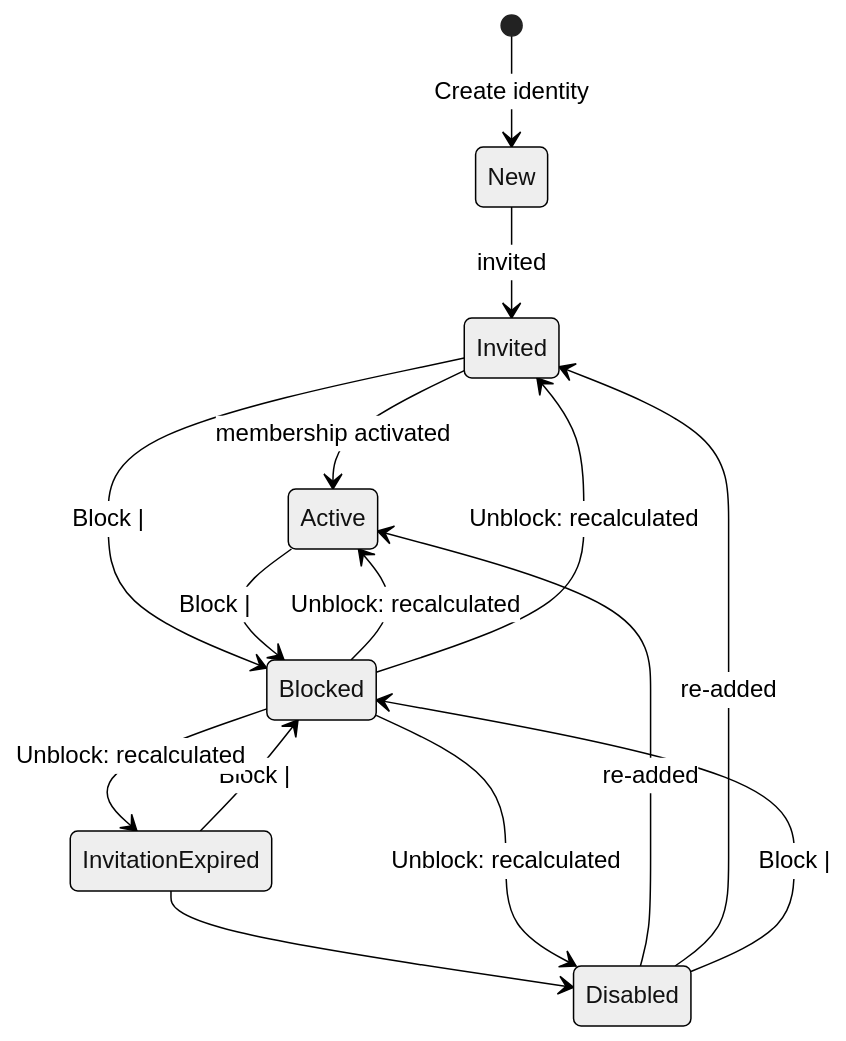
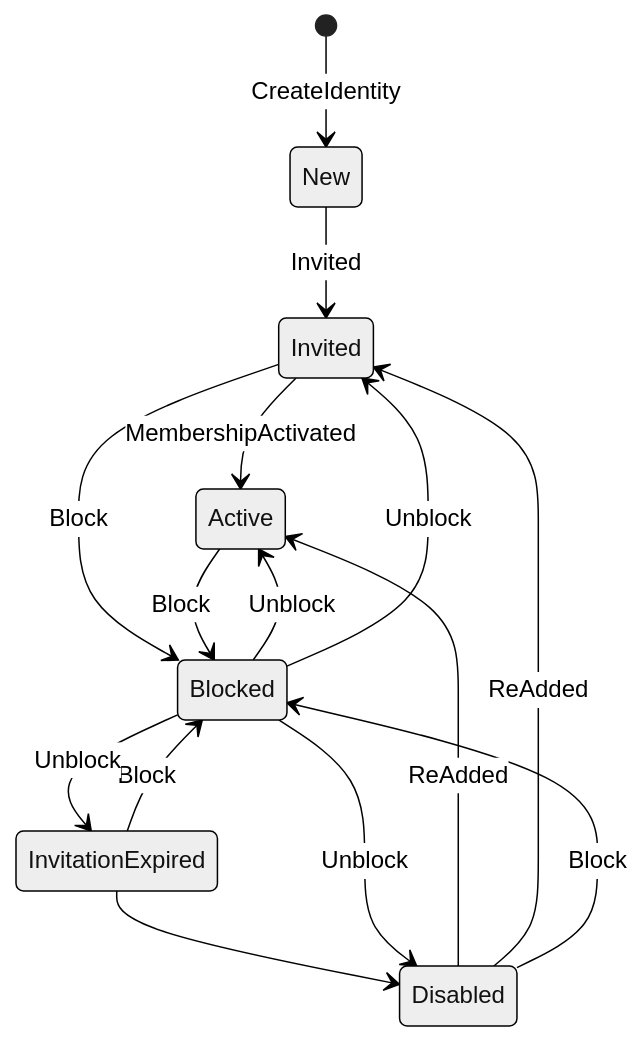
One commit to mikhailtchesnokov/gitbook changed the diagram in developer-resources/rest-api/accounts-api/user/state-diagram.md. Above: the diagram before and after it, drawn with Mermaid (neutral theme). The commit also changed 151 other files, not shown here.

````diff
--- a/developer-resources/rest-api/accounts-api/user/state-diagram.md
+++ b/developer-resources/rest-api/accounts-api/user/state-diagram.md
@@ -13,17 +13,17 @@
 ```mermaid
 stateDiagram-v2
-    [*] --> New : Create identity
-    New --> Invited : invited
-    Invited --> Active : membership activated
+    [*] --> New : CreateIdentity
+    New --> Invited : Invited
+    Invited --> Active : MembershipActivated
     InvitationExpired --> Disabled
-    Disabled --> Active : re-added
-    Disabled --> Invited : re-added
-    Invited --> Blocked : Block |
-    InvitationExpired --> Blocked : Block |
-    Active --> Blocked : Block |
-    Disabled --> Blocked : Block |
-    Blocked --> Active : Unblock: recalculated
-    Blocked --> Invited : Unblock: recalculated
-    Blocked --> InvitationExpired : Unblock: recalculated
-    Blocked --> Disabled : Unblock: recalculated
+    Disabled --> Active : ReAdded
+    Disabled --> Invited : ReAdded
+    Invited --> Blocked : Block
+    InvitationExpired --> Blocked : Block
+    Active --> Blocked : Block
+    Disabled --> Blocked : Block
+    Blocked --> Active : Unblock
+    Blocked --> Invited : Unblock
+    Blocked --> InvitationExpired : Unblock
+    Blocked --> Disabled : Unblock
 ```
````
